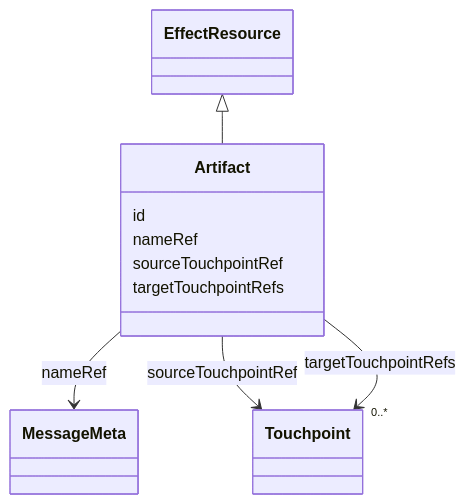
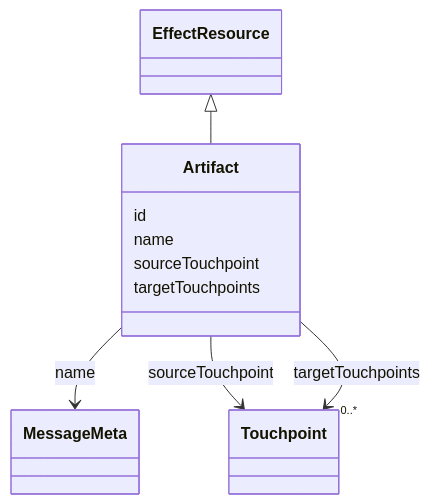
The diagram in specs/ed/modules/artifact/index.md (openuji/spec-ujg), drawn with Mermaid before and after one commit. The commit also changed other lines of this file and 370 other files, not shown here.

````diff
--- a/specs/ed/modules/artifact/index.md
+++ b/specs/ed/modules/artifact/index.md
@@ -47,16 +47,16 @@
 ```mermaid
 classDiagram
   class Touchpoint
   class MessageMeta
   class EffectResource
   class Artifact {
     id
-    nameRef
-    sourceTouchpointRef
-    targetTouchpointRefs
+    name
+    sourceTouchpoint
+    targetTouchpoints
   }
   EffectResource <|-- Artifact
-  Artifact --> MessageMeta : nameRef
-  Artifact --> Touchpoint : sourceTouchpointRef
-  Artifact --> "0..*" Touchpoint : targetTouchpointRefs
+  Artifact --> MessageMeta : name
+  Artifact --> Touchpoint : sourceTouchpoint
+  Artifact --> "0..*" Touchpoint : targetTouchpoints
 ```
````
